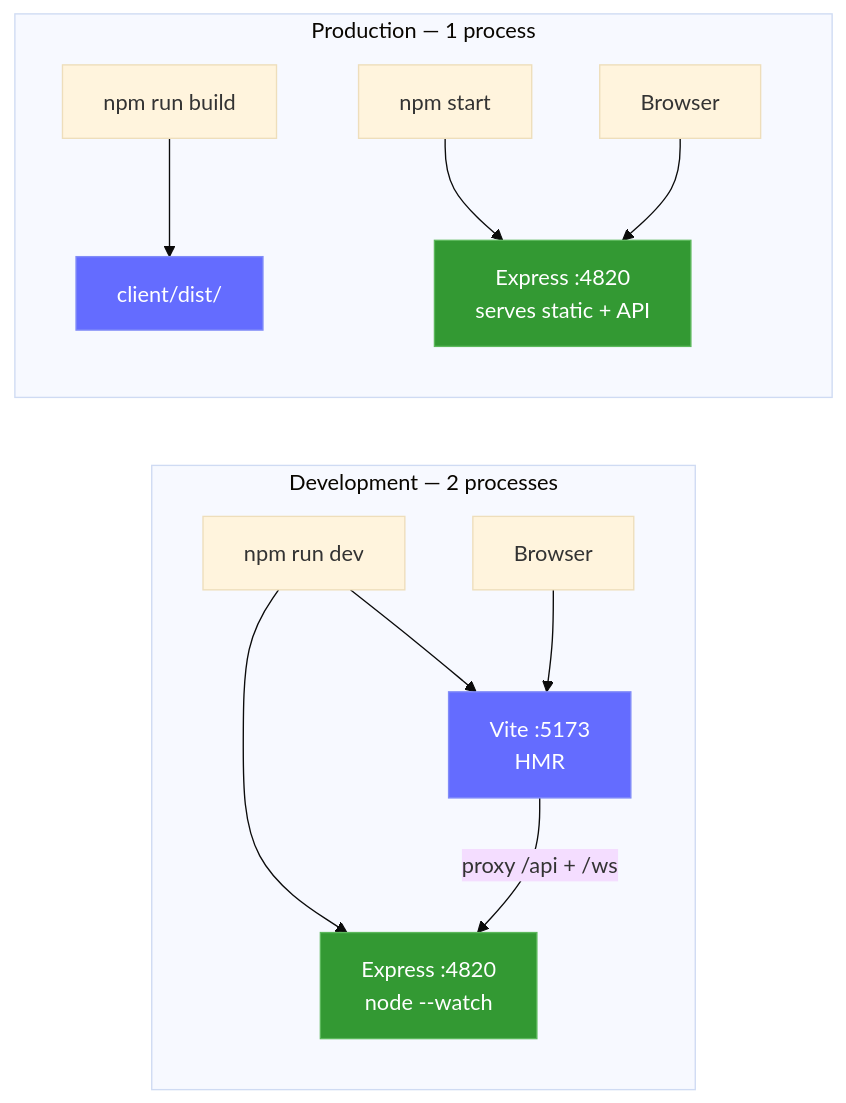
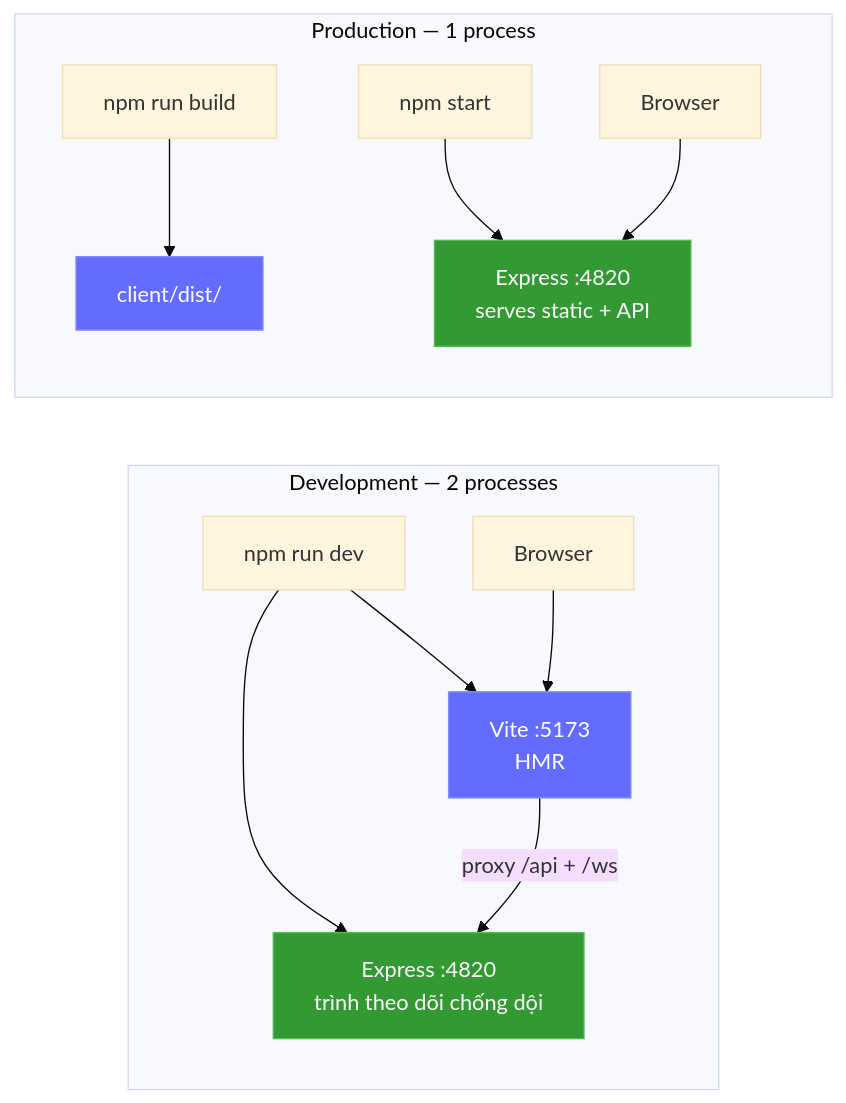
Before and after one commit to hoangsonww/Claude-Code-Agent-Monitor: diagram 22 of 24 in README-VN.md, drawn with Mermaid (base theme). The commit also changed other lines of this file and 15 other files, not shown here.

````diff
--- a/README-VN.md
+++ b/README-VN.md
@@ -2012,20 +2012,20 @@
 ```mermaid
 graph LR
     subgraph dev["Development — 2 processes"]
-        D_CMD["npm run dev"] --> D_SRV["Express :4820<br/>node --watch"]
+        D_CMD["npm run dev"] --> D_SRV["Express :4820<br/>trình theo dõi chống dội"]
         D_CMD --> D_VITE["Vite :5173<br/>HMR"]
         D_BROWSER["Browser"] --> D_VITE
         D_VITE -->|"proxy /api + /ws"| D_SRV
     end
 
     subgraph prod["Production — 1 process"]
         P_BUILD["npm run build"] --> P_DIST["client/dist/"]
         P_START["npm start"] --> P_SRV["Express :4820<br/>serves static + API"]
         P_BROWSER["Browser"] --> P_SRV
     end
 
     style D_VITE fill:#646CFF,stroke:#818cf8,color:#fff
     style D_SRV fill:#339933,stroke:#5cb85c,color:#fff
     style P_SRV fill:#339933,stroke:#5cb85c,color:#fff
     style P_DIST fill:#646CFF,stroke:#818cf8,color:#fff
 ```
````
